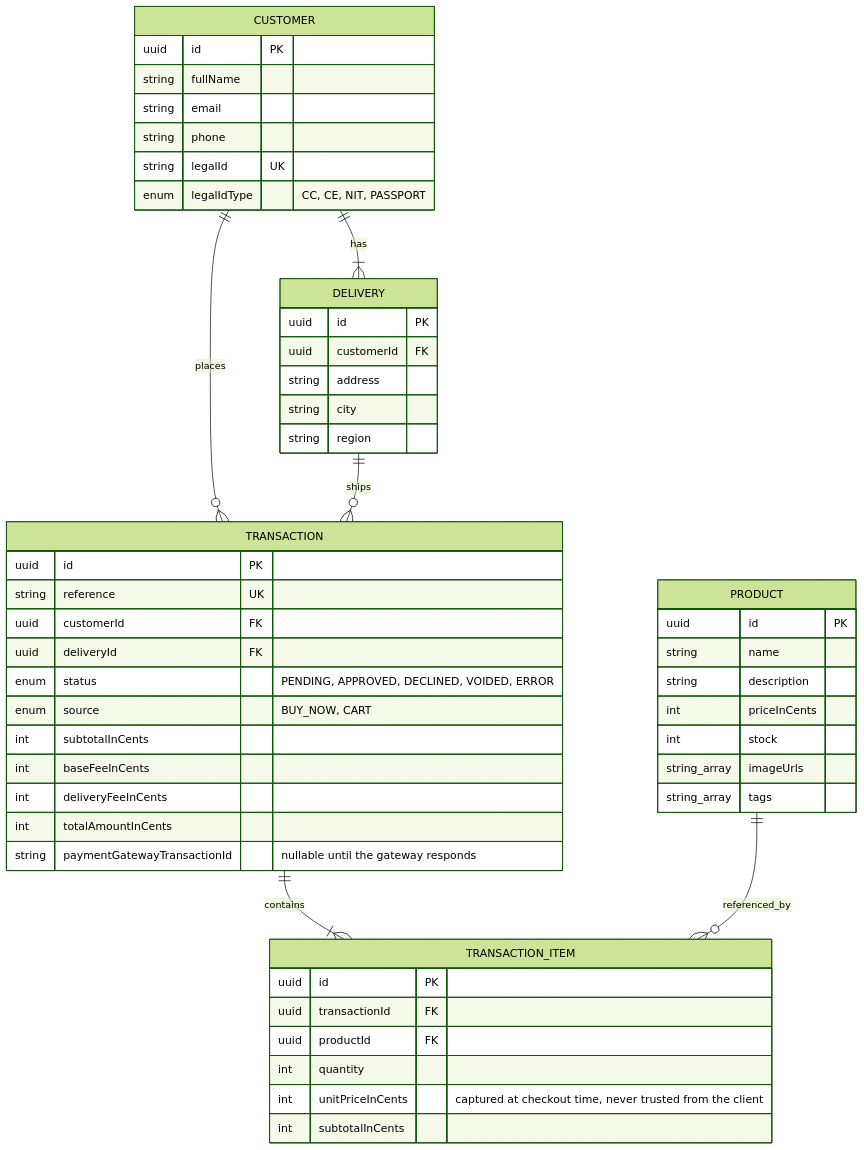
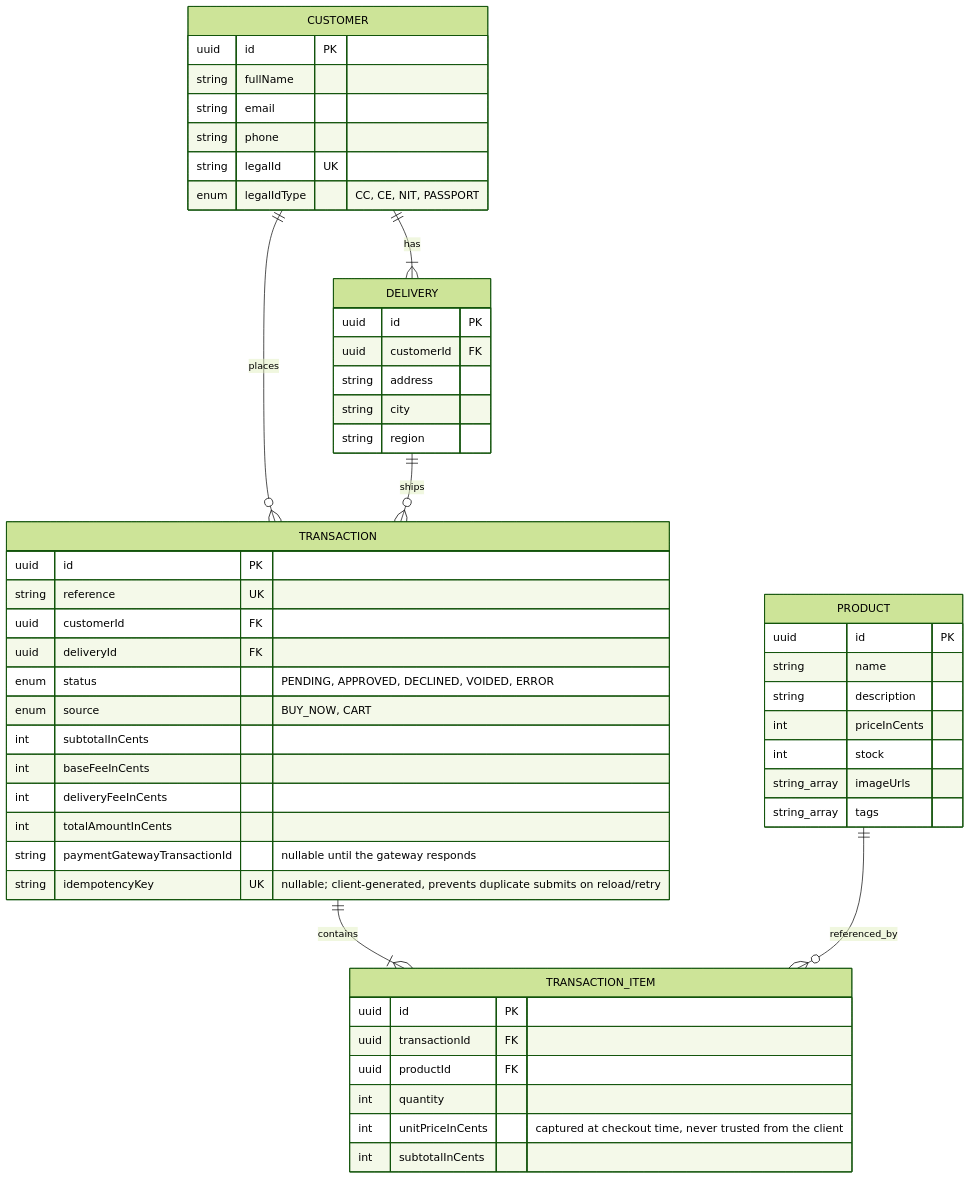
One commit to buba-0511/checkout-flow-app changed the fourth of 4 diagrams in README.md. Above: the diagram before and after it, drawn with Mermaid (forest theme). The commit also changed other lines of this file and 19 other files, not shown here.

Commit message:
feat: idempotent transaction creation, sequence diagrams, diagram label fix

````diff
--- a/README.md
+++ b/README.md
@@ -131,58 +191,59 @@
 ```mermaid
 erDiagram
     CUSTOMER ||--o{ TRANSACTION : places
     CUSTOMER ||--|{ DELIVERY : has
     DELIVERY ||--o{ TRANSACTION : ships
     TRANSACTION ||--|{ TRANSACTION_ITEM : contains
     PRODUCT ||--o{ TRANSACTION_ITEM : referenced_by
 
     CUSTOMER {
         uuid id PK
         string fullName
         string email
         string phone
         string legalId UK
         enum legalIdType "CC, CE, NIT, PASSPORT"
     }
 
     DELIVERY {
         uuid id PK
         uuid customerId FK
         string address
         string city
         string region
     }
 
     TRANSACTION {
         uuid id PK
         string reference UK
         uuid customerId FK
         uuid deliveryId FK
         enum status "PENDING, APPROVED, DECLINED, VOIDED, ERROR"
         enum source "BUY_NOW, CART"
         int subtotalInCents
         int baseFeeInCents
         int deliveryFeeInCents
         int totalAmountInCents
         string paymentGatewayTransactionId "nullable until the gateway responds"
+        string idempotencyKey UK "nullable; client-generated, prevents duplicate submits on reload/retry"
     }
 
     TRANSACTION_ITEM {
         uuid id PK
         uuid transactionId FK
         uuid productId FK
         int quantity
         int unitPriceInCents "captured at checkout time, never trusted from the client"
         int subtotalInCents
     }
 
     PRODUCT {
         uuid id PK
         string name
         string description
         int priceInCents
         int stock
         string_array imageUrls
         string_array tags
     }
 ```
````
